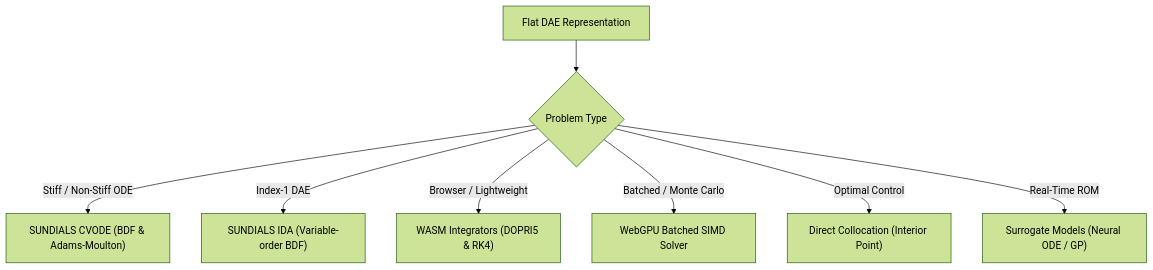
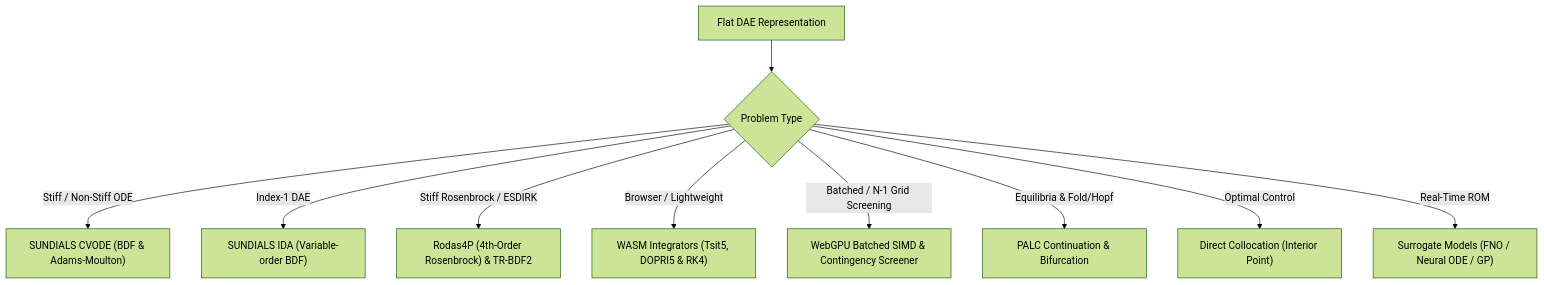
One commit to modelscript/modelscript changed the diagram in apps/docs/docs/architecture/simulation-solvers.md. Above: the diagram before and after it, drawn with Mermaid (forest theme). The commit also changed other lines of this file and 1058 other files, not shown here.

````diff
--- a/apps/docs/docs/architecture/simulation-solvers.md
+++ b/apps/docs/docs/architecture/simulation-solvers.md
@@ -14,11 +14,13 @@
 ```mermaid
 flowchart TD
     DAE["Flat DAE Representation"] --> ROUTE{"Problem Type"}
 
     ROUTE -->|Stiff / Non-Stiff ODE| SUNDIALS_CVODE["SUNDIALS CVODE (BDF & Adams-Moulton)"]
     ROUTE -->|Index-1 DAE| SUNDIALS_IDA["SUNDIALS IDA (Variable-order BDF)"]
-    ROUTE -->|Browser / Lightweight| WASM_SOLVER["WASM Integrators (DOPRI5 & RK4)"]
-    ROUTE -->|Batched / Monte Carlo| WEBGPU["WebGPU Batched SIMD Solver"]
+    ROUTE -->|Stiff Rosenbrock / ESDIRK| STIFF_WASM["Rodas4P (4th-Order Rosenbrock) & TR-BDF2"]
+    ROUTE -->|Browser / Lightweight| WASM_SOLVER["WASM Integrators (Tsit5, DOPRI5 & RK4)"]
+    ROUTE -->|Batched / N-1 Grid Screening| WEBGPU["WebGPU Batched SIMD & Contingency Screener"]
+    ROUTE -->|Equilibria & Fold/Hopf| BIFURCATION["PALC Continuation & Bifurcation"]
     ROUTE -->|Optimal Control| COLLOCATION["Direct Collocation (Interior Point)"]
-    ROUTE -->|Real-Time ROM| SURROGATE["Surrogate Models (Neural ODE / GP)"]
+    ROUTE -->|Real-Time ROM| SURROGATE["Surrogate Models (FNO / Neural ODE / GP)"]
 ```
````
